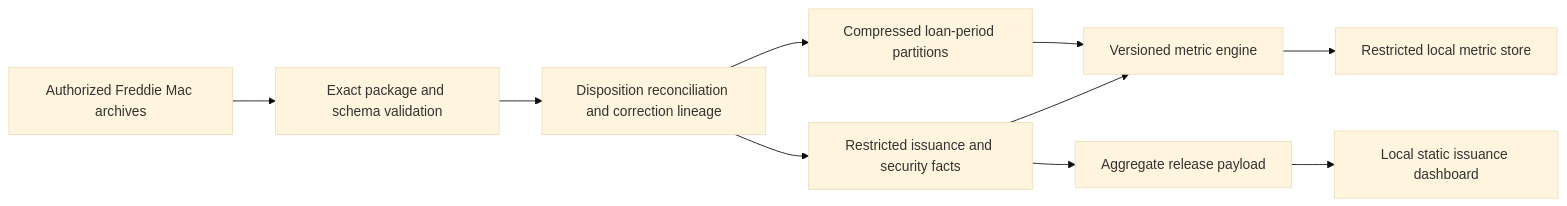
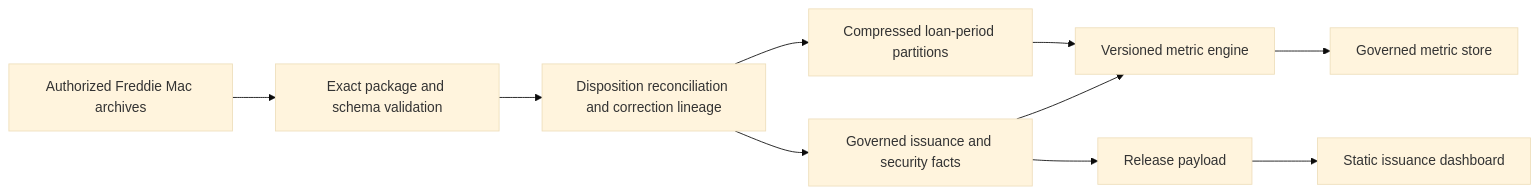
One commit to vaibhavkhuranaaa/freddie-mac-mbs-disclosure-analytics changed the first of 3 diagrams in docs/architecture.md. Above: the diagram before and after it, drawn with Mermaid (base theme). The commit also changed other lines of this file and 85 other files, not shown here.

````diff
--- a/docs/architecture.md
+++ b/docs/architecture.md
@@ -5,12 +5,12 @@
 ```mermaid
 flowchart LR
   A["Authorized Freddie Mac archives"] --> B["Exact package and schema validation"]
   B --> C["Disposition reconciliation and correction lineage"]
-  C --> D["Restricted issuance and security facts"]
+  C --> D["Governed issuance and security facts"]
   C --> E["Compressed loan-period partitions"]
   D --> F["Versioned metric engine"]
   E --> F
-  F --> G["Restricted local metric store"]
-  D --> H["Aggregate release payload"]
-  H --> I["Local static issuance dashboard"]
+  F --> G["Governed metric store"]
+  D --> H["Release payload"]
+  H --> I["Static issuance dashboard"]
 ```
````
